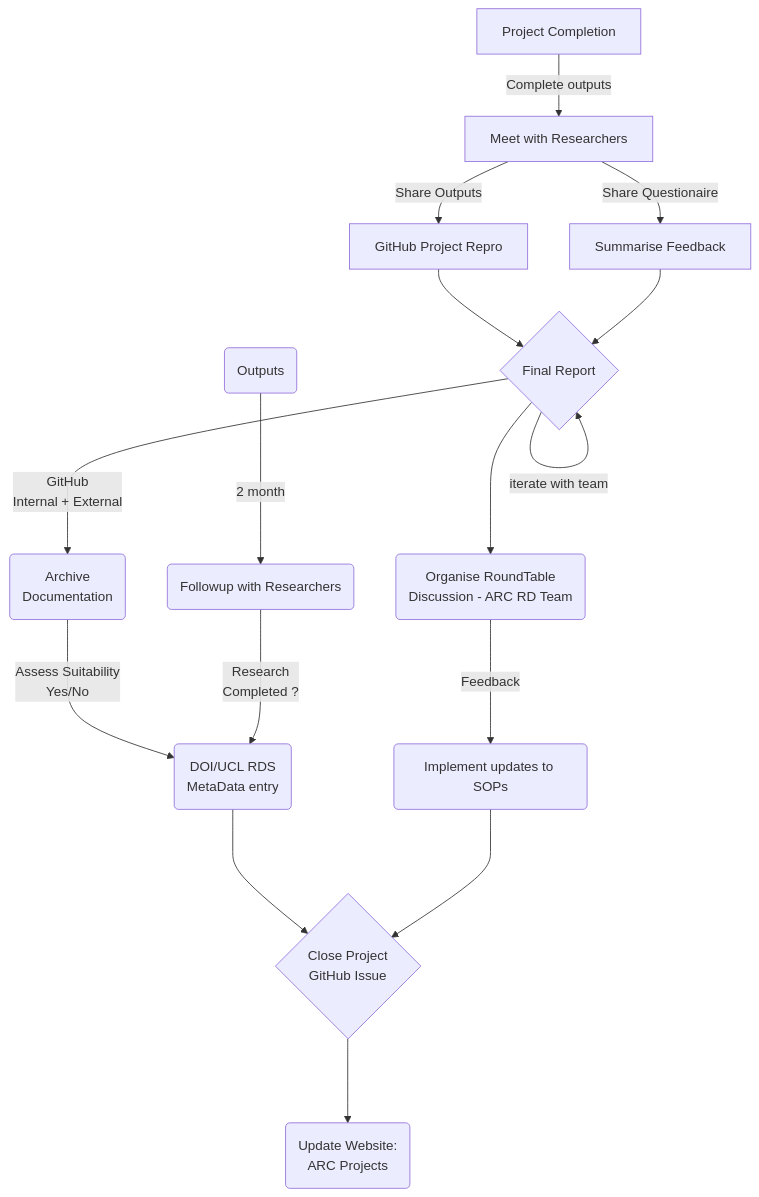
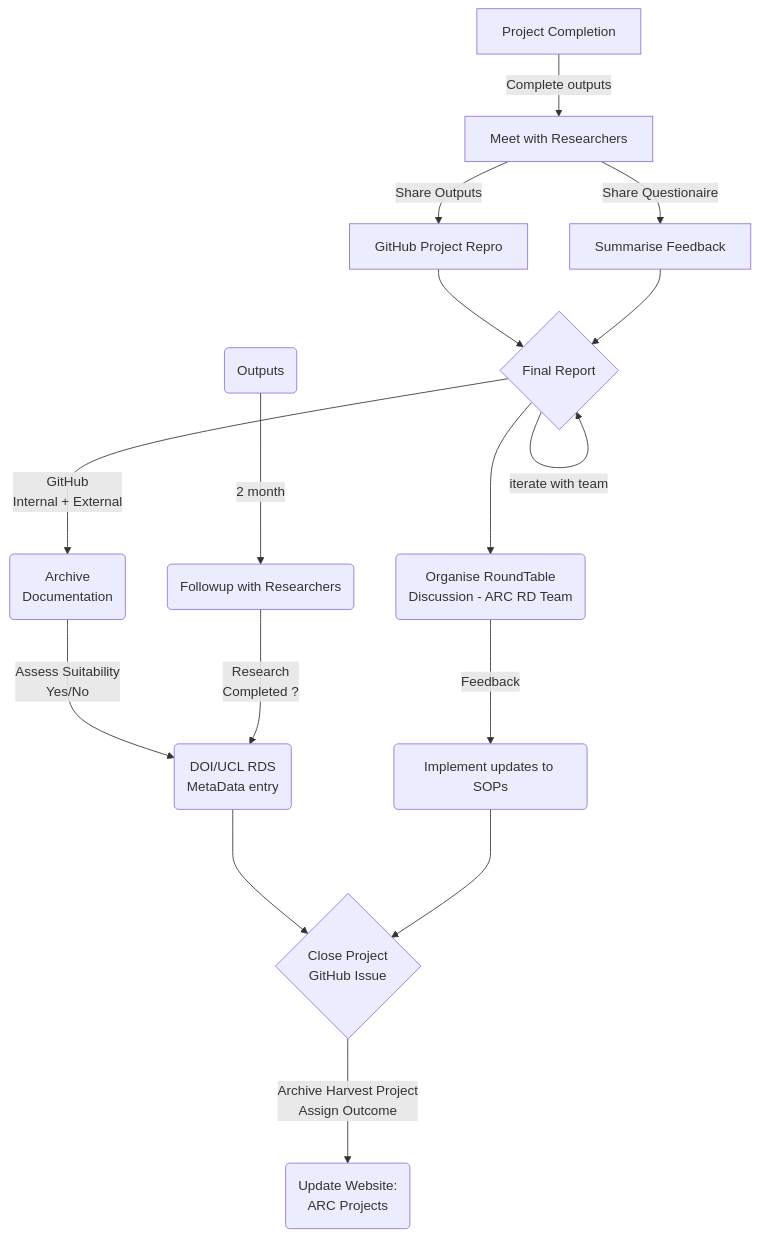
One commit to nicholas-owen/sandbox changed the diagram in SOP001.md. Above: the diagram before and after it, drawn with Mermaid.

````diff
--- a/SOP001.md
+++ b/SOP001.md
@@ -70,33 +70,33 @@
 ```mermaid
 flowchart TD
 
     A[Project Completion] -->|Complete outputs| C[Meet with Researchers]
 
     C -->|Share Outputs| D[GitHub Project Repro]
 
     C -->|Share Questionaire| E[Summarise Feedback]
 
     D --> F{Final Report}
 
     E --> F
 
     F ---> |iterate with team|F
 
     F ---> G(Organise RoundTable<br>Discussion - ARC RD Team)
 
     F ---> |GitHub<br>Internal + External| H(Archive<br> Documentation)
 
     H ---> |Assess Suitability<br>Yes/No| I(DOI/UCL RDS<br> MetaData entry)
 
     G ---> |Feedback| J(Implement updates to SOPs)
 
     I ---> K{Close Project<br>GitHub Issue}
 
     J ---> K
 
     L(Outputs) ---> |2 month| M(Followup with Researchers)
 
     M ---> |Research<br>Completed ?|I
 
-	K ---> N(Update Website:<br>ARC Projects)
+	K --->|Archive Harvest Project<br>Assign Outcome| N(Update Website:<br>ARC Projects)
 ```
````
